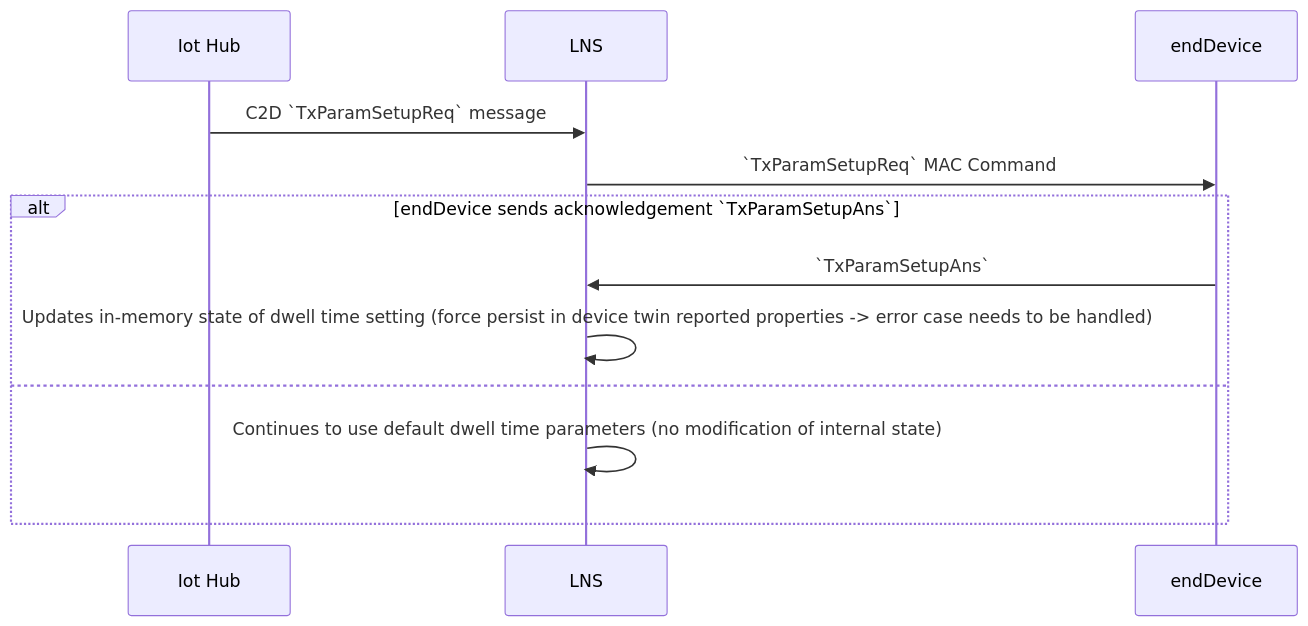
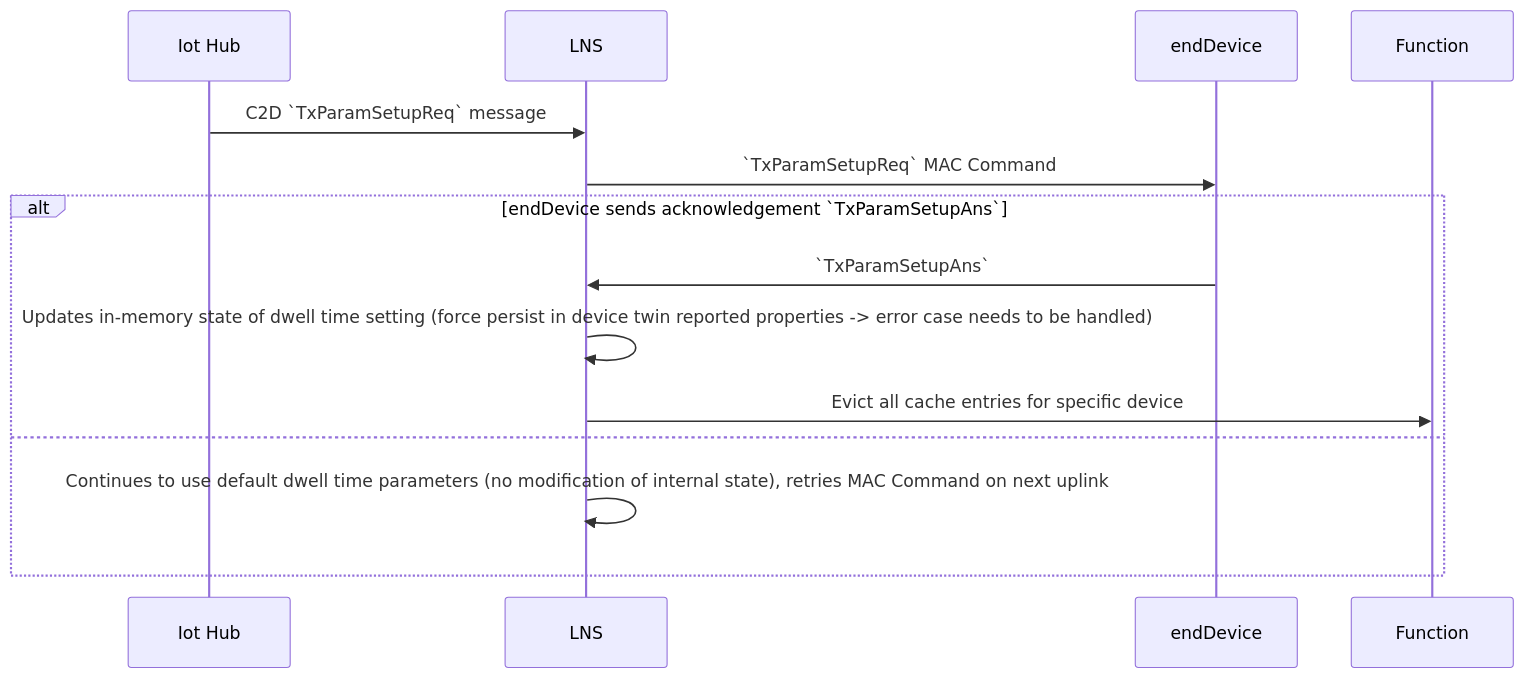
Before and after one commit to Azure/iotedge-lorawan-starterkit: the diagram in docs/adr/004_region_as923_implementation.md, drawn with Mermaid. The commit also changed other lines of this file, not shown here.

Commit message:
Update description of automatic dwell time management

````diff
--- a/docs/adr/004_region_as923_implementation.md
+++ b/docs/adr/004_region_as923_implementation.md
@@ -101,12 +95,13 @@
 ```mermaid
 sequenceDiagram
 
 Iot Hub ->> LNS: C2D `TxParamSetupReq` message
 LNS ->> endDevice: `TxParamSetupReq` MAC Command
 alt endDevice sends acknowledgement `TxParamSetupAns`
     endDevice ->> LNS: `TxParamSetupAns`
     LNS ->> LNS: Updates in-memory state of dwell time setting (force persist in device twin reported properties -> error case needs to be handled)
+    LNS ->> Function: Evict all cache entries for specific device
 else
-    LNS ->> LNS: Continues to use default dwell time parameters (no modification of internal state)
+    LNS ->> LNS: Continues to use default dwell time parameters (no modification of internal state), retries MAC Command on next uplink
 end
 ```
````
